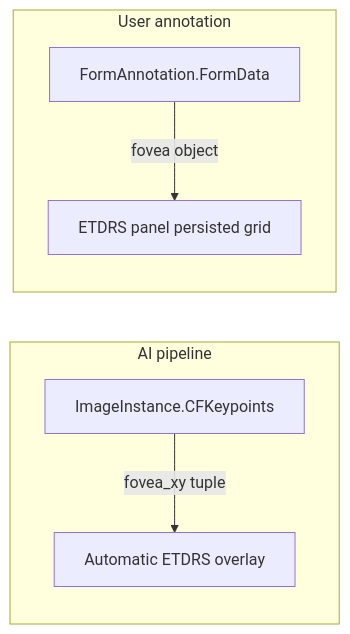
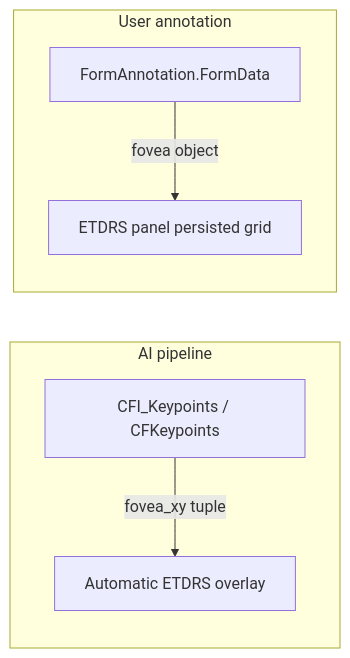
The diagram in docs/src/content/docs/orm/form_schemas.mdx (Eyened/eyened-platform), drawn with Mermaid before and after one commit. The commit also changed other lines of this file and 7 other files, not shown here.

````diff
--- a/docs/src/content/docs/orm/form_schemas.mdx
+++ b/docs/src/content/docs/orm/form_schemas.mdx
@@ -68,11 +68,11 @@
 ```mermaid
 flowchart LR
     subgraph ai [AI pipeline]
-        CFK["ImageInstance.CFKeypoints"]
+        CFK["CFI_Keypoints / CFKeypoints"]
         CFK -->|"fovea_xy tuple"| Auto["Automatic ETDRS overlay"]
     end
     subgraph manual [User annotation]
         FA["FormAnnotation.FormData"]
         FA -->|"fovea object"| Panel["ETDRS panel persisted grid"]
     end
 ```
````
